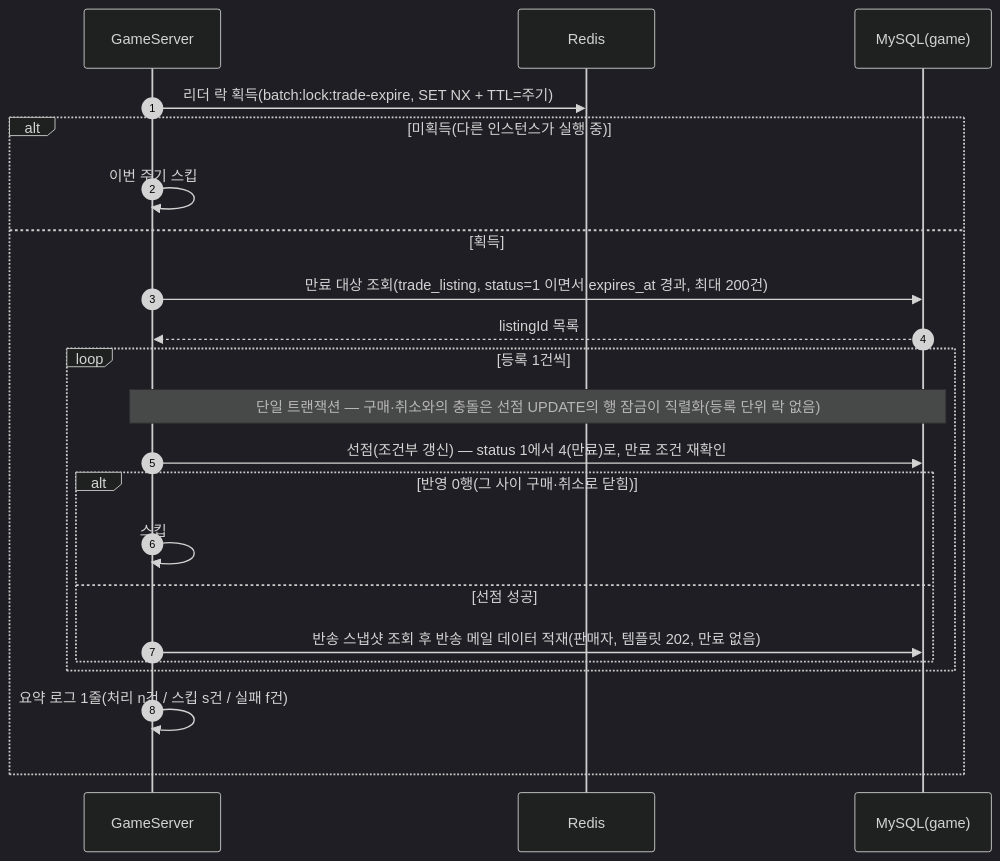
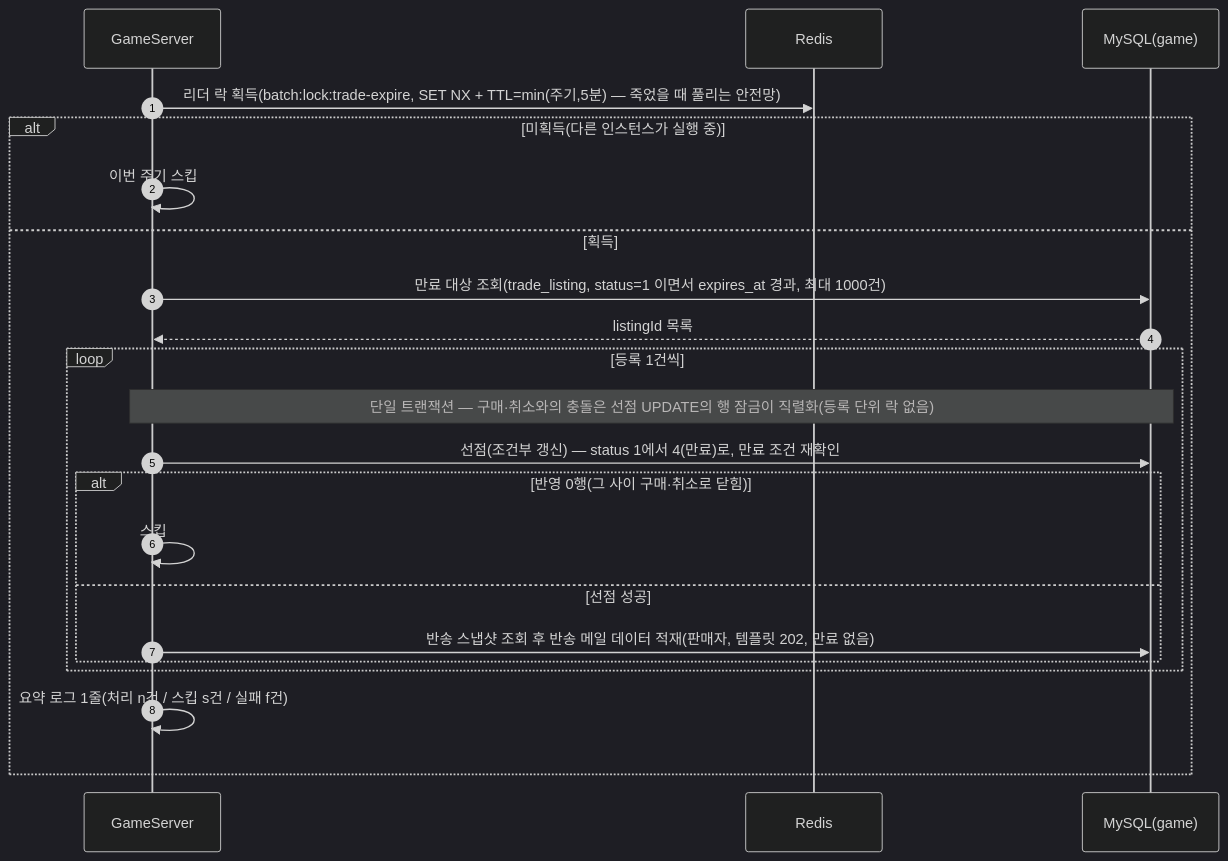
Diagram 30 of 39 in SequenceDiagram/README.md (ks-wook/com2us-taskbar-hero), drawn with Mermaid (dark theme) before and after one commit. The commit also changed other lines of this file and 7 other files, not shown here.

````diff
--- a/SequenceDiagram/README.md
+++ b/SequenceDiagram/README.md
@@ -950,25 +953,25 @@
 ```mermaid
 sequenceDiagram
     autonumber
     participant S as GameServer
     participant R as Redis
     participant DB as MySQL(game)
 
-    S->>R: 리더 락 획득(batch:lock:trade-expire, SET NX + TTL=주기)
+    S->>R: 리더 락 획득(batch:lock:trade-expire, SET NX + TTL=min(주기,5분) — 죽었을 때 풀리는 안전망)
     alt 미획득(다른 인스턴스가 실행 중)
         S->>S: 이번 주기 스킵
     else 획득
-        S->>DB: 만료 대상 조회(trade_listing, status=1 이면서 expires_at 경과, 최대 200건)
+        S->>DB: 만료 대상 조회(trade_listing, status=1 이면서 expires_at 경과, 최대 1000건)
         DB-->>S: listingId 목록
         loop 등록 1건씩
             Note over S,DB: 단일 트랜잭션 — 구매·취소와의 충돌은 선점 UPDATE의 행 잠금이 직렬화(등록 단위 락 없음)
             S->>DB: 선점(조건부 갱신) — status 1에서 4(만료)로, 만료 조건 재확인
             alt 반영 0행(그 사이 구매·취소로 닫힘)
                 S->>S: 스킵
             else 선점 성공
                 S->>DB: 반송 스냅샷 조회 후 반송 메일 데이터 적재(판매자, 템플릿 202, 만료 없음)
                     end
         end
         S->>S: 요약 로그 1줄(처리 n건 / 스킵 s건 / 실패 f건)
     end
 ```
````
